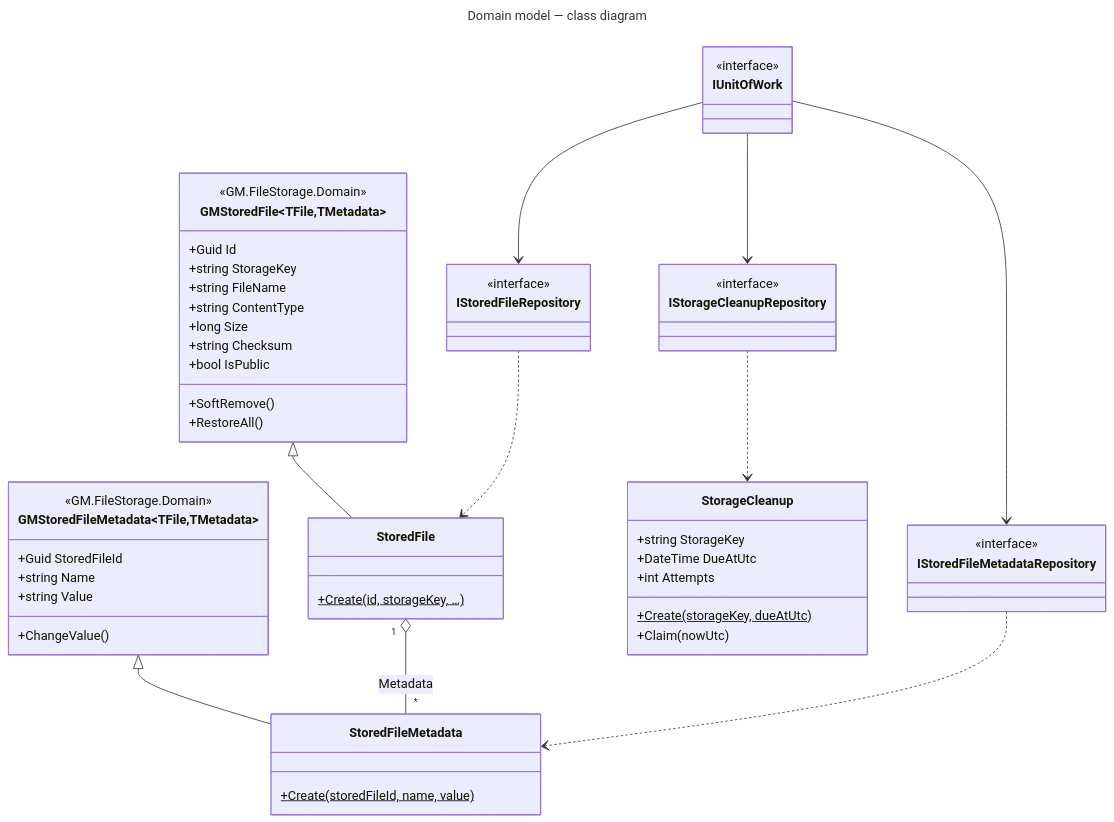
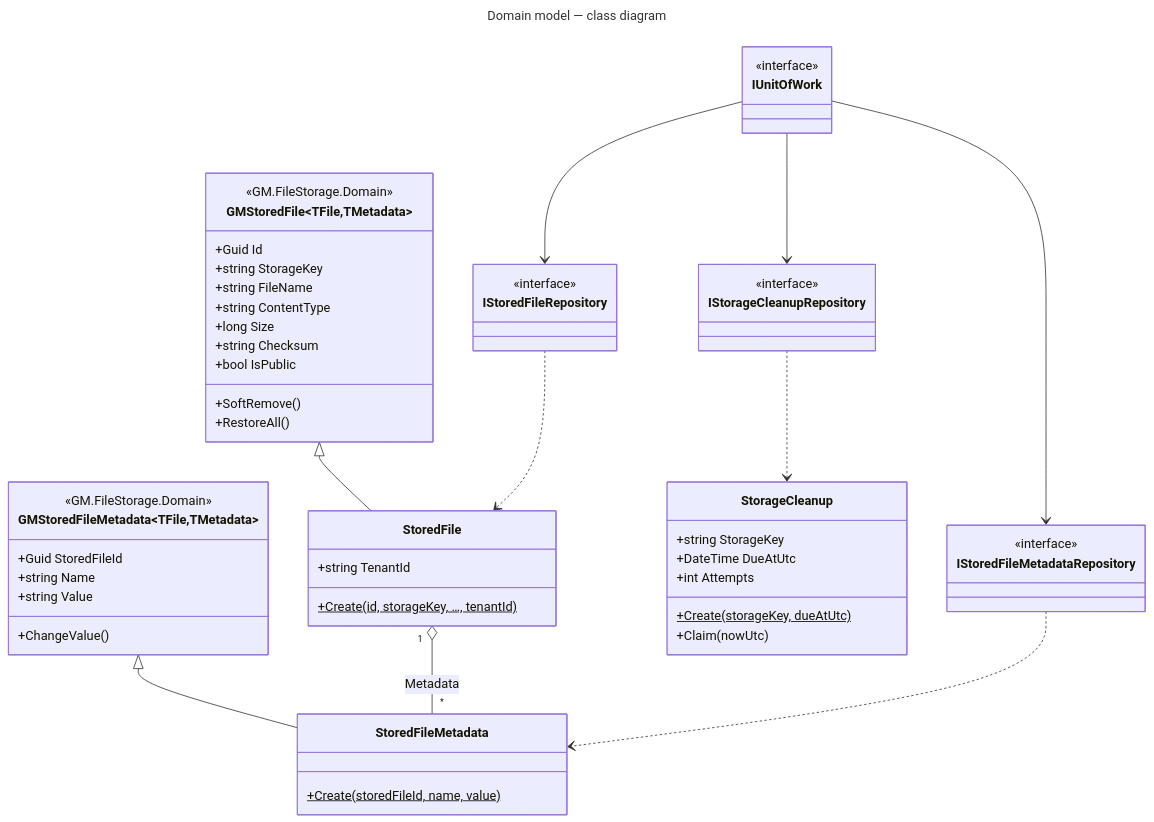
The sixth of 6 diagrams in docs/dependencies.md (gmetskhvarishvili/GM.FileStorage.Samples), drawn with Mermaid before and after one commit. The commit also changed 26 other files, not shown here.

````diff
--- a/docs/dependencies.md
+++ b/docs/dependencies.md
@@ -262,62 +262,63 @@
 ```mermaid
 ---
 title: Domain model — class diagram
 ---
 classDiagram
     direction TB
 
     class GMStoredFile~TFile,TMetadata~ {
         <<GM.FileStorage.Domain>>
         +Guid Id
         +string StorageKey
         +string FileName
         +string ContentType
         +long Size
         +string Checksum
         +bool IsPublic
         +SoftRemove()
         +RestoreAll()
     }
     class GMStoredFileMetadata~TFile,TMetadata~ {
         <<GM.FileStorage.Domain>>
         +Guid StoredFileId
         +string Name
         +string Value
         +ChangeValue()
     }
     class StoredFile {
-        +Create(id, storageKey, …)$
+        +string TenantId
+        +Create(id, storageKey, …, tenantId)$
     }
     class StoredFileMetadata {
         +Create(storedFileId, name, value)$
     }
     class StorageCleanup {
         +string StorageKey
         +DateTime DueAtUtc
         +int Attempts
         +Create(storageKey, dueAtUtc)$
         +Claim(nowUtc)
     }
     class IUnitOfWork {
         <<interface>>
     }
     class IStoredFileRepository {
         <<interface>>
     }
     class IStoredFileMetadataRepository {
         <<interface>>
     }
     class IStorageCleanupRepository {
         <<interface>>
     }
 
     GMStoredFile <|-- StoredFile
     GMStoredFileMetadata <|-- StoredFileMetadata
     StoredFile "1" o-- "*" StoredFileMetadata : Metadata
     IUnitOfWork --> IStoredFileRepository
     IUnitOfWork --> IStoredFileMetadataRepository
     IUnitOfWork --> IStorageCleanupRepository
     IStoredFileRepository ..> StoredFile
     IStoredFileMetadataRepository ..> StoredFileMetadata
     IStorageCleanupRepository ..> StorageCleanup
 ```
````
